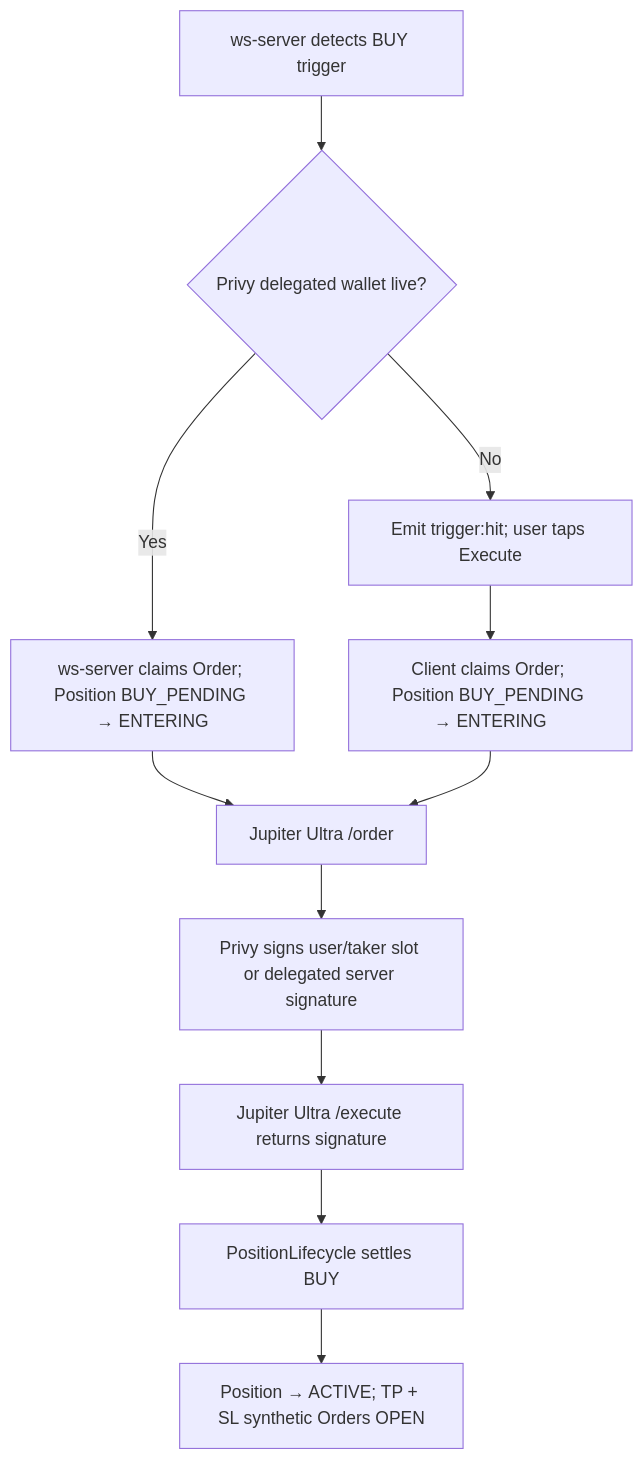
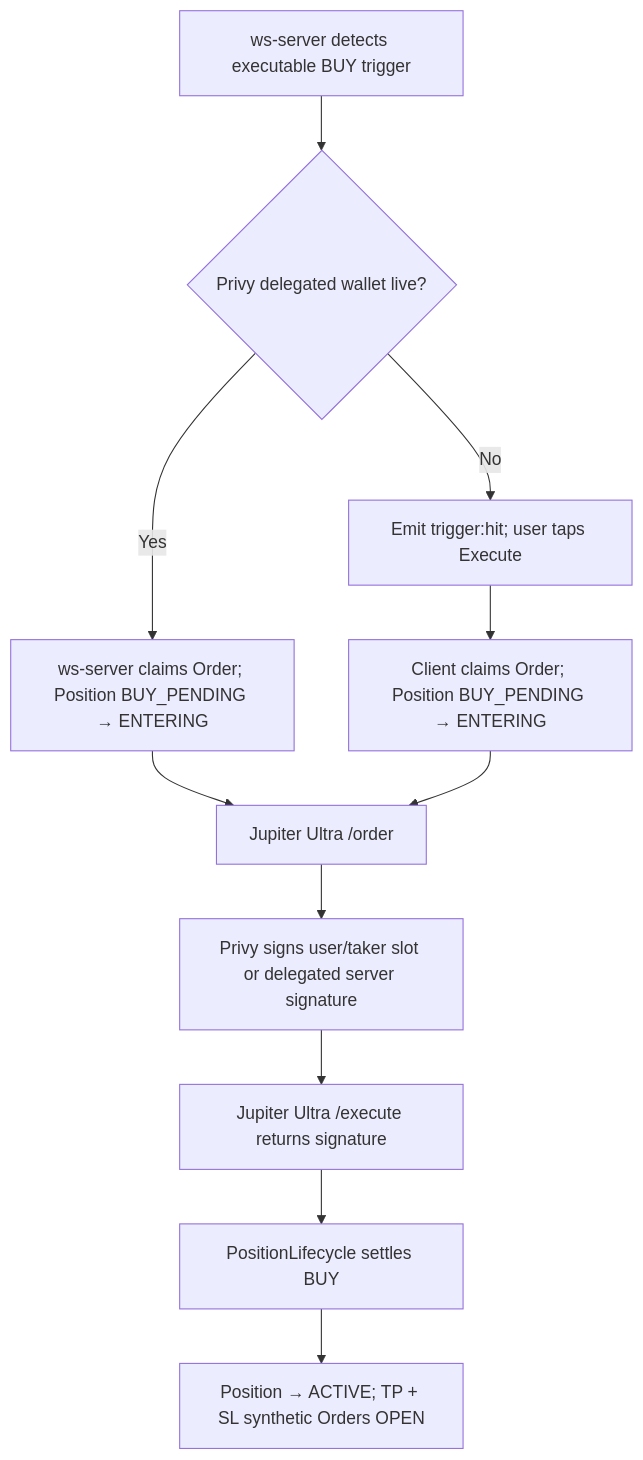
Before and after one commit to Omnis-Labs/tickr-ai: the third of 7 diagrams in docs/screens-and-flows.md, drawn with Mermaid. The commit also changed other lines of this file and 9 other files, not shown here.

Commit message:
Document executable trigger semantics

````diff
--- a/docs/screens-and-flows.md
+++ b/docs/screens-and-flows.md
@@ -454,13 +454,13 @@
 ```mermaid
 flowchart TD
-    A[ws-server detects BUY trigger] --> B{Privy delegated wallet live?}
+    A[ws-server detects executable BUY trigger] --> B{Privy delegated wallet live?}
     B -- Yes --> C[ws-server claims Order; Position BUY_PENDING → ENTERING]
     B -- No --> D[Emit trigger:hit; user taps Execute]
     D --> E[Client claims Order; Position BUY_PENDING → ENTERING]
     C --> F[Jupiter Ultra /order]
     E --> F
     F --> G[Privy signs user/taker slot or delegated server signature]
     G --> H[Jupiter Ultra /execute returns signature]
     H --> I[PositionLifecycle settles BUY]
     I --> J[Position → ACTIVE; TP + SL synthetic Orders OPEN]
 ```
````
